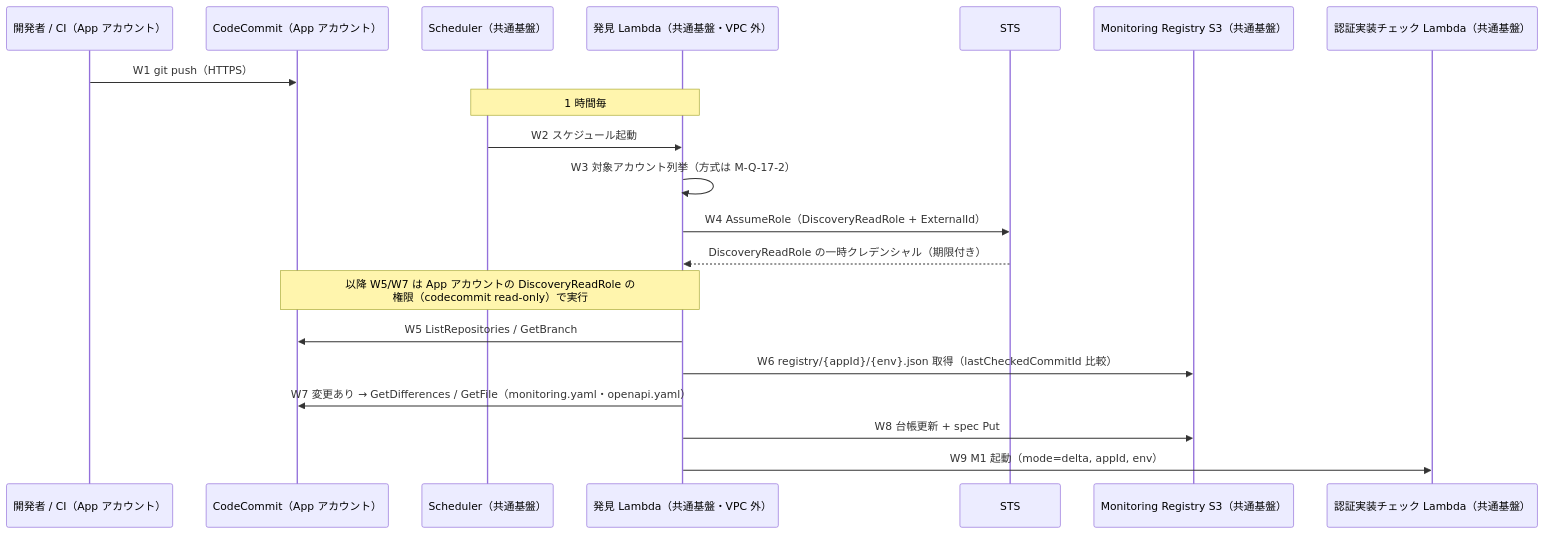
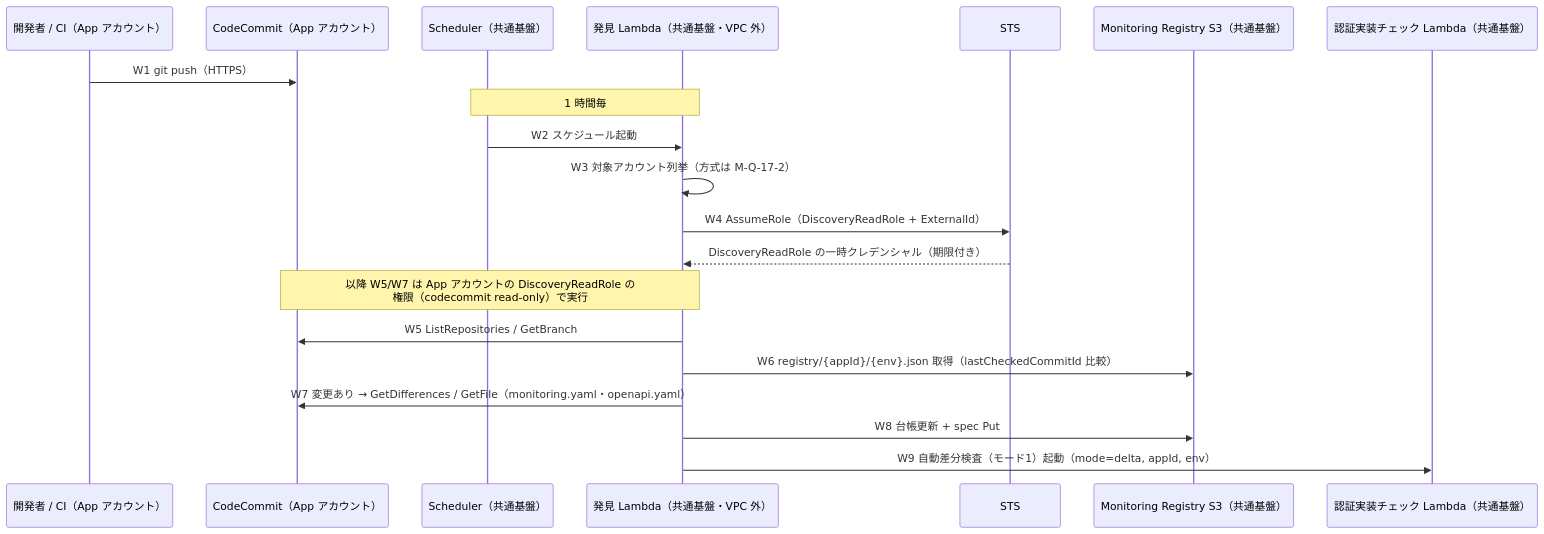
Before and after one commit to suepie/aws-atuh-poc: the fifth of 7 diagrams in doc/api-platform/basic-design/10-external-monitoring-overview.md, drawn with Mermaid. The commit also changed other lines of this file and 15 other files, not shown here.

````diff
--- a/doc/api-platform/basic-design/10-external-monitoring-overview.md
+++ b/doc/api-platform/basic-design/10-external-monitoring-overview.md
@@ -320,23 +320,23 @@
 ```mermaid
 sequenceDiagram
     participant DEV as 開発者 / CI（App アカウント）
     participant REPO as CodeCommit（App アカウント）
     participant SCH as Scheduler（共通基盤）
     participant DISC as 発見 Lambda（共通基盤・VPC 外）
     participant STS as STS
     participant S3 as Monitoring Registry S3（共通基盤）
     participant PROBE as 認証実装チェック Lambda（共通基盤）
 
     DEV->>REPO: W1 git push（HTTPS）
     Note over SCH,DISC: 1 時間毎
     SCH->>DISC: W2 スケジュール起動
     DISC->>DISC: W3 対象アカウント列挙（方式は M-Q-17-2）
     DISC->>STS: W4 AssumeRole（DiscoveryReadRole + ExternalId）
     STS-->>DISC: DiscoveryReadRole の一時クレデンシャル（期限付き）
     Note over DISC,REPO: 以降 W5/W7 は App アカウントの DiscoveryReadRole の<br/>権限（codecommit read-only）で実行
     DISC->>REPO: W5 ListRepositories / GetBranch
     DISC->>S3: W6 registry/{appId}/{env}.json 取得（lastCheckedCommitId 比較）
     DISC->>REPO: W7 変更あり → GetDifferences / GetFile（monitoring.yaml・openapi.yaml）
     DISC->>S3: W8 台帳更新 + spec Put
-    DISC->>PROBE: W9 M1 起動（mode=delta, appId, env）
+    DISC->>PROBE: W9 自動差分検査（モード1）起動（mode=delta, appId, env）
 ```
````
